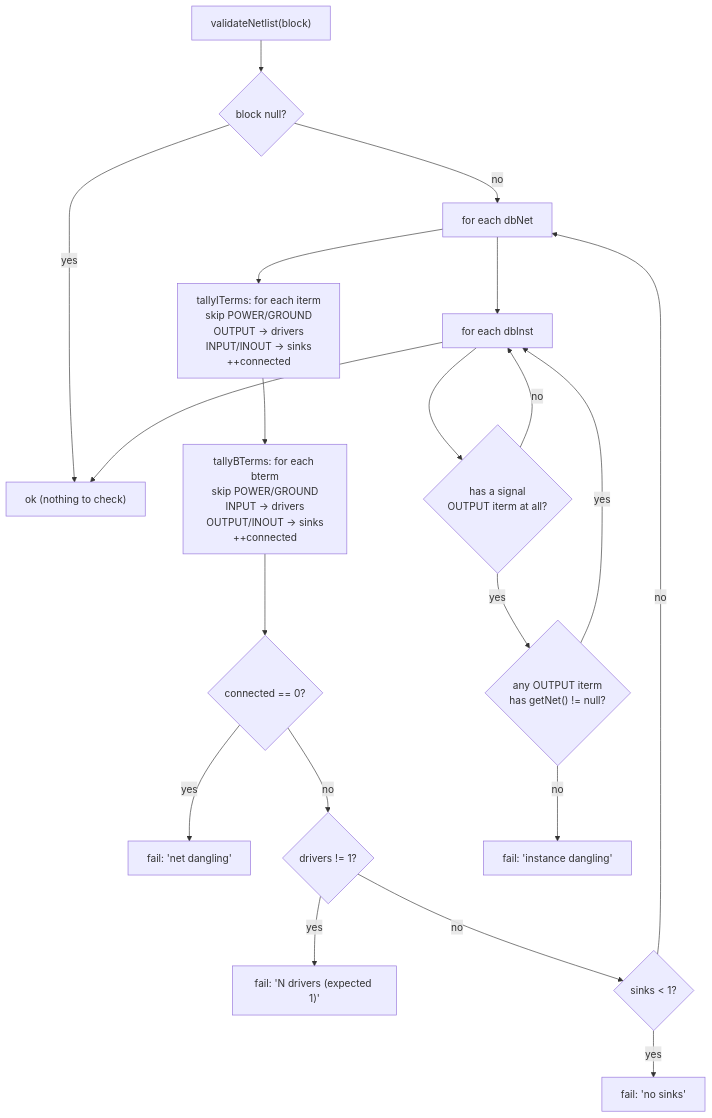
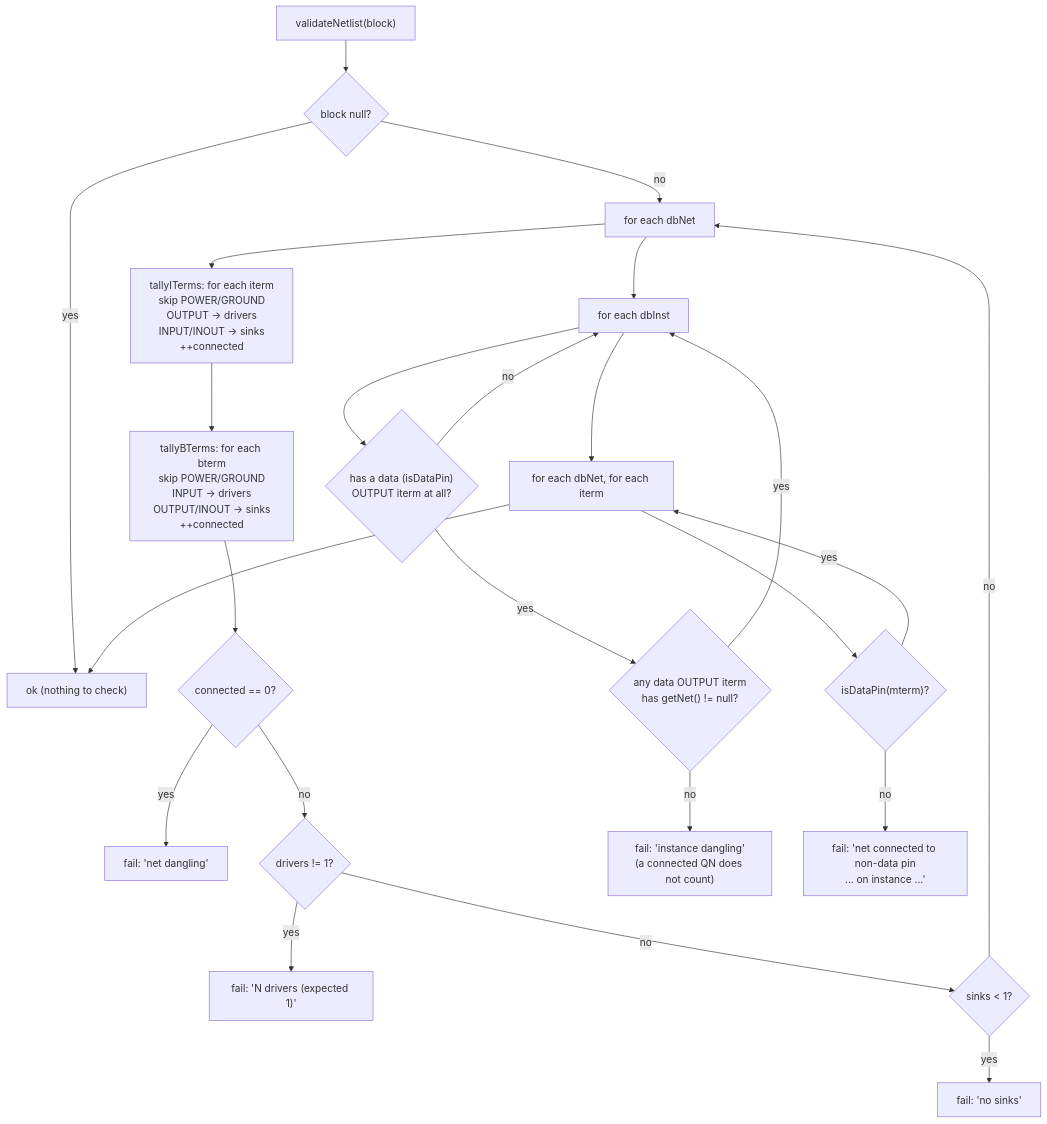
Diagram 14 of 17 in src/engines/netlistgen/FLOW.md (rfive88/eda-lab), drawn with Mermaid before and after one commit. The commit also changed other lines of this file and 10 other files, not shown here.

````diff
--- a/src/engines/netlistgen/FLOW.md
+++ b/src/engines/netlistgen/FLOW.md
@@ -546,22 +596,26 @@
 ```mermaid
 graph TD
   vn["validateNetlist(block)"] --> nul{"block null?"}
   nul -->|yes| okv["ok (nothing to check)"]
   nul -->|no| loop["for each dbNet"]
   loop --> tally["tallyITerms: for each iterm<br/>skip POWER/GROUND<br/>OUTPUT -> drivers<br/>INPUT/INOUT -> sinks<br/>++connected"]
   tally --> tallyb["tallyBTerms: for each bterm<br/>skip POWER/GROUND<br/>INPUT -> drivers<br/>OUTPUT/INOUT -> sinks<br/>++connected"]
   tallyb --> c0{"connected == 0?"}
   c0 -->|yes| fdangle["fail: 'net dangling'"]
   c0 -->|no| d1{"drivers != 1?"}
   d1 -->|yes| fdrv["fail: 'N drivers (expected 1)'"]
   d1 -->|no| s1{"sinks < 1?"}
   s1 -->|yes| fsnk["fail: 'no sinks'"]
   s1 -->|no| loop
   loop --> instloop["for each dbInst"]
-  instloop --> hasout{"has a signal<br/>OUTPUT iterm at all?"}
+  instloop --> hasout{"has a data (isDataPin)<br/>OUTPUT iterm at all?"}
   hasout -->|no| instloop
-  hasout -->|yes| anyconn{"any OUTPUT iterm<br/>has getNet() != null?"}
-  anyconn -->|no| fdanglinst["fail: 'instance dangling'"]
+  hasout -->|yes| anyconn{"any data OUTPUT iterm<br/>has getNet() != null?"}
+  anyconn -->|no| fdanglinst["fail: 'instance dangling'<br/>(a connected QN does not count)"]
   anyconn -->|yes| instloop
-  instloop --> okv
+  instloop --> ctrlloop["for each dbNet, for each iterm"]
+  ctrlloop --> isdata{"isDataPin(mterm)?"}
+  isdata -->|no| fctrl["fail: 'net connected to non-data pin<br/>... on instance ...'"]
+  isdata -->|yes| ctrlloop
+  ctrlloop --> okv
 ```
````
